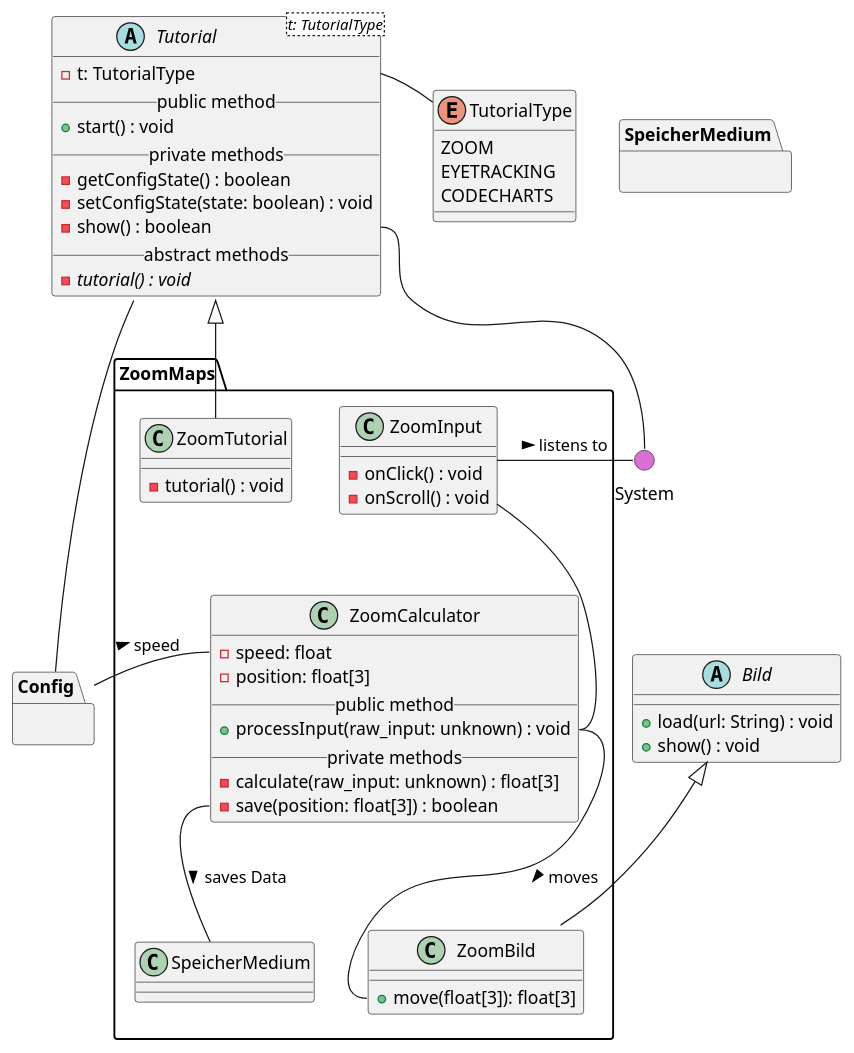
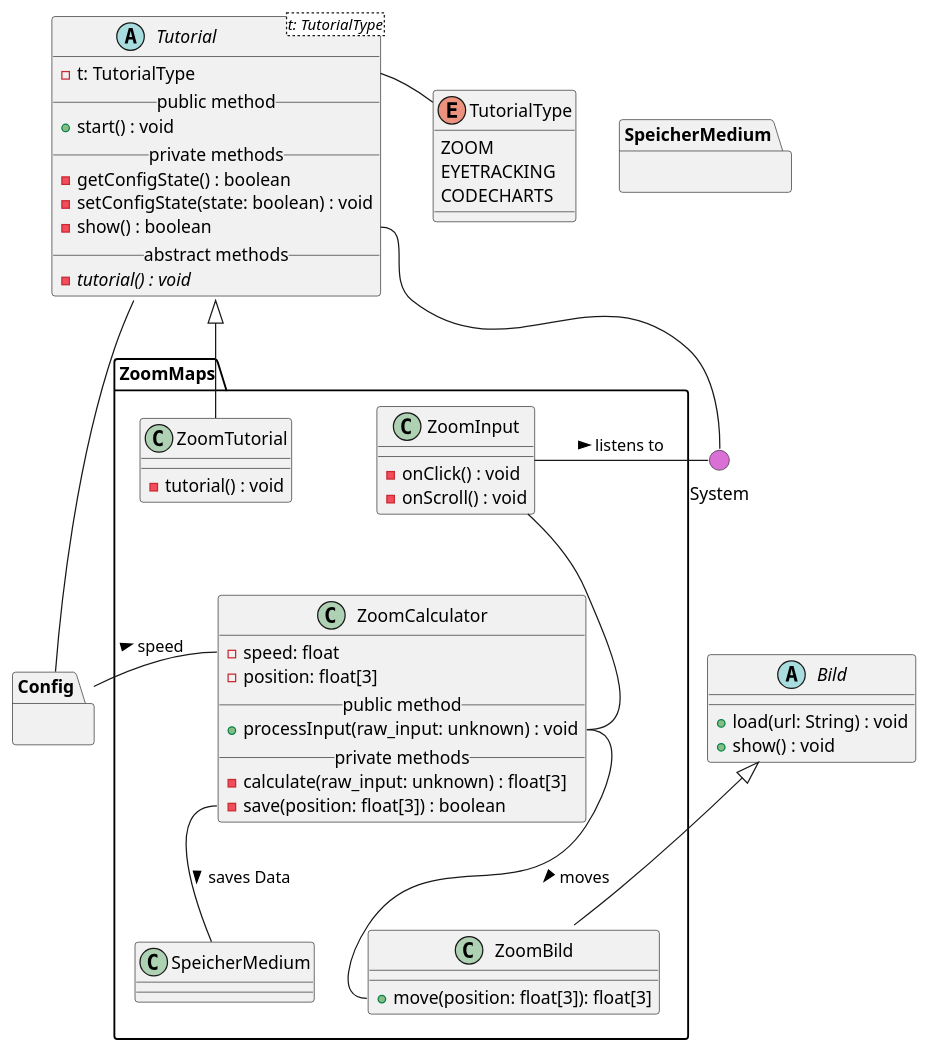
The diagram in meilenstein_03/uml-zoommaps/zoommaps.puml (weichware10/meilensteine), drawn with PlantUML before and after one commit. The commit also changed 1 other file, not shown here.

Commit message:
position ZoomBild

```diff
--- a/meilenstein_03/uml-zoommaps/zoommaps.puml
+++ b/meilenstein_03/uml-zoommaps/zoommaps.puml
@@ -1,89 +1,89 @@
 @startuml zoommaps
 ' skinparam backgroundColor transparent
 () System #DA70D5
 top to bottom direction
 
 ' --- TUTORIAL ---
 abstract Tutorial<t: TutorialType> {
   - t: TutorialType
   __public method__
   + start() : void
   __private methods__
   - getConfigState() : boolean
   - setConfigState(state: boolean) : void
   - show() : boolean
   __abstract methods__
   - {abstract} tutorial() : void
 }
 
 enum TutorialType {
   ZOOM
   EYETRACKING
   CODECHARTS
 }
 
 ' Interaktionen
 Tutorial::t -r- TutorialType
 Tutorial::show -- System
 Tutorial -- Config
 
 
 ' --- BILD ---
 
 abstract Bild {
   + load(url: String) : void
   + show() : void
 }
 
 ' === ZOOM MAPS ===
 package ZoomMaps {
 
     ' Zoom Input
     class ZoomInput {
         - onClick() : void
         - onScroll() : void
     }
 
     ' Zoom Tutorial 
     class ZoomTutorial {
         - tutorial() : void
     }
   
     ' Zoom Calculator
     class ZoomCalculator {
         - speed: float
         - position: float[3]
         __public method__
         + processInput(raw_input: unknown) : void
         __private methods__
         - calculate(raw_input: unknown) : float[3]
         - save(position: float[3]) : boolean
     }
 
     ' Zoom Bild
     class ZoomBild {
-        + move(float[3]): float[3]
+        + move(position: float[3]): float[3]
     }
 
 
     ' Vererbungen
     Bild <|-- ZoomBild
     Tutorial <|-- ZoomTutorial
 
     ' Interaktionen
     ZoomInput -- ZoomCalculator::processInput
     ZoomCalculator::processInput  -- ZoomBild::move : > moves
 
     ' Andere Module
     ZoomCalculator::save -- SpeicherMedium : > saves Data
     ZoomCalculator::speed -r- Config : < speed
     ZoomInput -r- System : > listens to
   
 }
 
 ' Blackboxen / Andere Module
 package Config {}
 
 package SpeicherMedium {}
 
 @enduml
```
